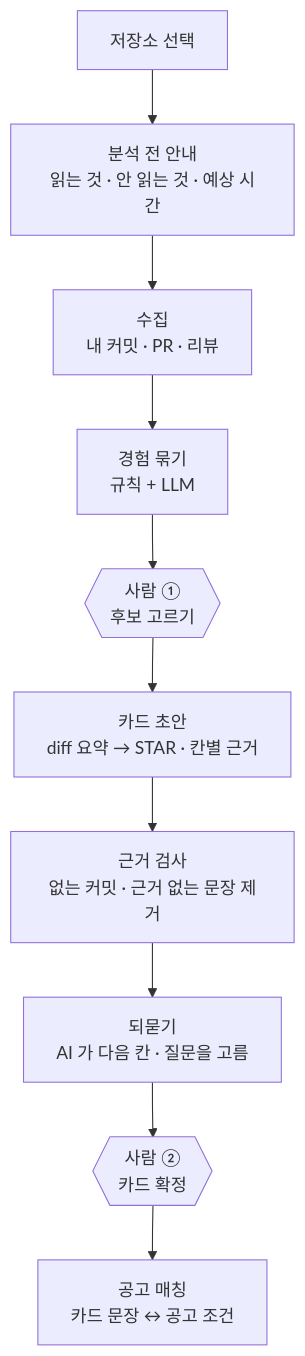
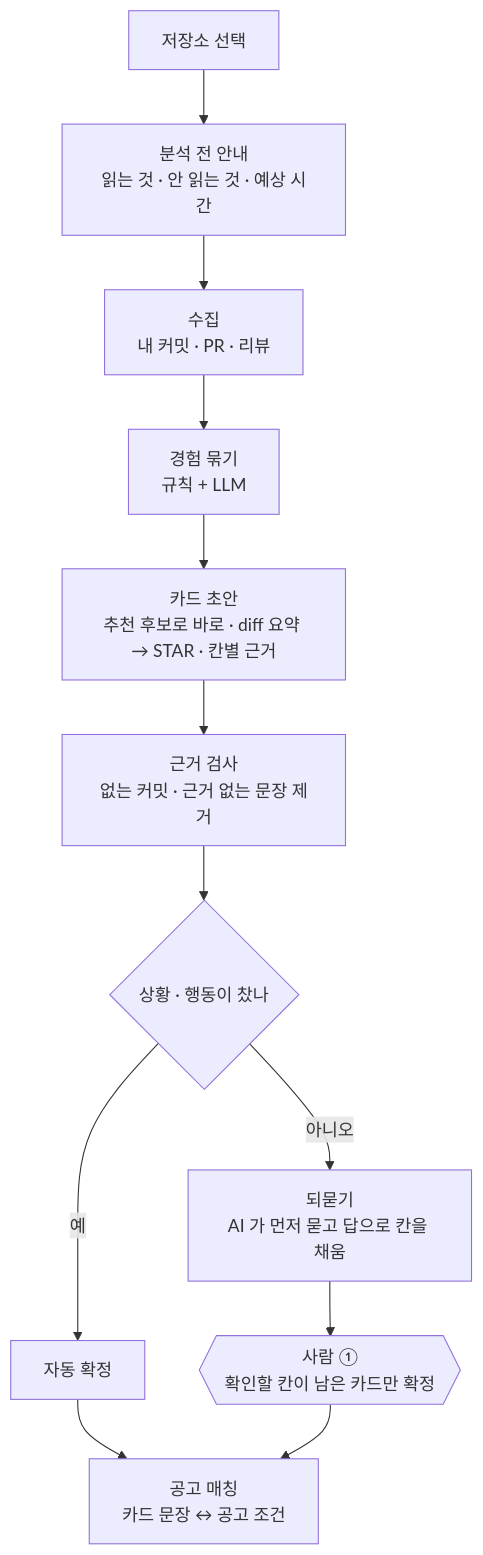
One commit to kakaotechcampus-4/ktc4-kyungpook-1 changed the diagram in docs/overview/service-plan.md. Above: the diagram before and after it, drawn with Mermaid. The commit also changed other lines of this file and 2 other files, not shown here.

````diff
--- a/docs/overview/service-plan.md
+++ b/docs/overview/service-plan.md
@@ -37,12 +37,14 @@
 ```mermaid
 flowchart TD
   A[저장소 선택] --> B[분석 전 안내<br/>읽는 것 · 안 읽는 것 · 예상 시간]
   B --> C[수집<br/>내 커밋 · PR · 리뷰]
   C --> D[경험 묶기<br/>규칙 + LLM]
-  D --> E{{사람 ①<br/>후보 고르기}}
-  E --> F[카드 초안<br/>diff 요약 → STAR · 칸별 근거]
-  F --> G[근거 검사<br/>없는 커밋 · 근거 없는 문장 제거]
-  G --> H[되묻기<br/>AI 가 다음 칸 · 질문을 고름]
-  H --> I{{사람 ②<br/>카드 확정}}
-  I --> J[공고 매칭<br/>카드 문장 ↔ 공고 조건]
+  D --> E[카드 초안<br/>추천 후보로 바로 · diff 요약 → STAR · 칸별 근거]
+  E --> F[근거 검사<br/>없는 커밋 · 근거 없는 문장 제거]
+  F --> G{상황 · 행동이 찼나}
+  G -- 예 --> H[자동 확정]
+  G -- 아니오 --> I[되묻기<br/>AI 가 먼저 묻고 답으로 칸을 채움]
+  I --> J{{사람 ①<br/>확인할 칸이 남은 카드만 확정}}
+  H --> K[공고 매칭<br/>카드 문장 ↔ 공고 조건]
+  J --> K
 ```
````
